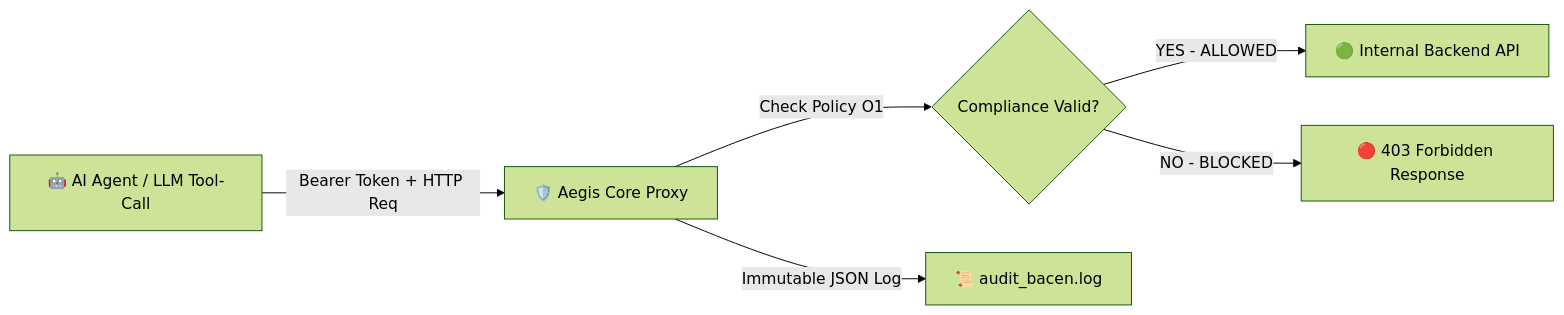
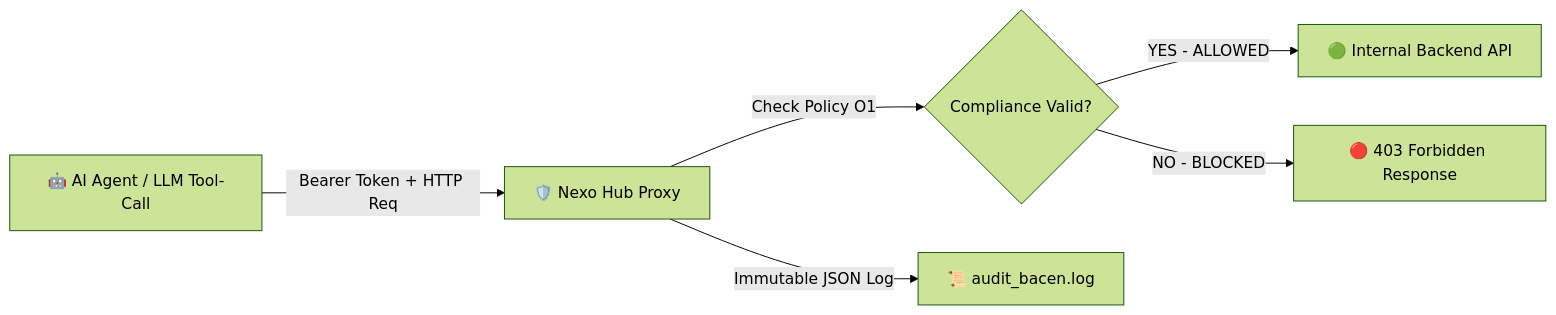
One commit to pedrodawybida/aegis-core changed the diagram in README.md. Above: the diagram before and after it, drawn with Mermaid (forest theme). The commit also changed other lines of this file and 12 other files, not shown here.

Commit message:
refactor(core): execute Phase 0 rebranding to Nexo Hub & NSEP

````diff
--- a/README.md
+++ b/README.md
@@ -29,8 +29,8 @@
 ```mermaid
 flowchart LR
-    A[🤖 AI Agent / LLM Tool-Call] -->|Bearer Token + HTTP Req| B[🛡️ Aegis Core Proxy]
+    A[🤖 AI Agent / LLM Tool-Call] -->|Bearer Token + HTTP Req| B[🛡️ Nexo Hub Proxy]
     B -->|Check Policy O1| C{Compliance Valid?}
     C -->|YES - ALLOWED| D[🟢 Internal Backend API]
     C -->|NO - BLOCKED| E[🔴 403 Forbidden Response]
     B -->|Immutable JSON Log| F[📜 audit_bacen.log]
 ```
````
